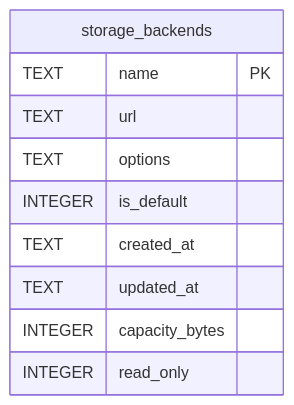
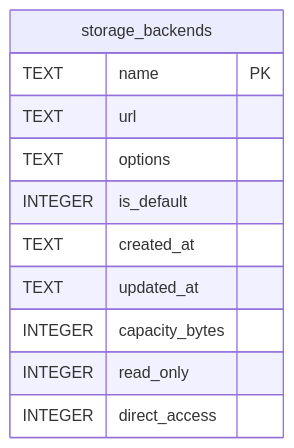
One commit to Limatura/tessera changed the diagram in docs/schema/storage_backends.md. Above: the diagram before and after it, drawn with Mermaid. The commit also changed other lines of this file and 43 other files, not shown here.

````diff
--- a/docs/schema/storage_backends.md
+++ b/docs/schema/storage_backends.md
@@ -54,15 +55,16 @@
 ```mermaid
 erDiagram
 
 
 "storage_backends" {
   TEXT name PK
   TEXT url
   TEXT options
   INTEGER is_default
   TEXT created_at
   TEXT updated_at
   INTEGER capacity_bytes
   INTEGER read_only
+  INTEGER direct_access
 }
 ```
````
